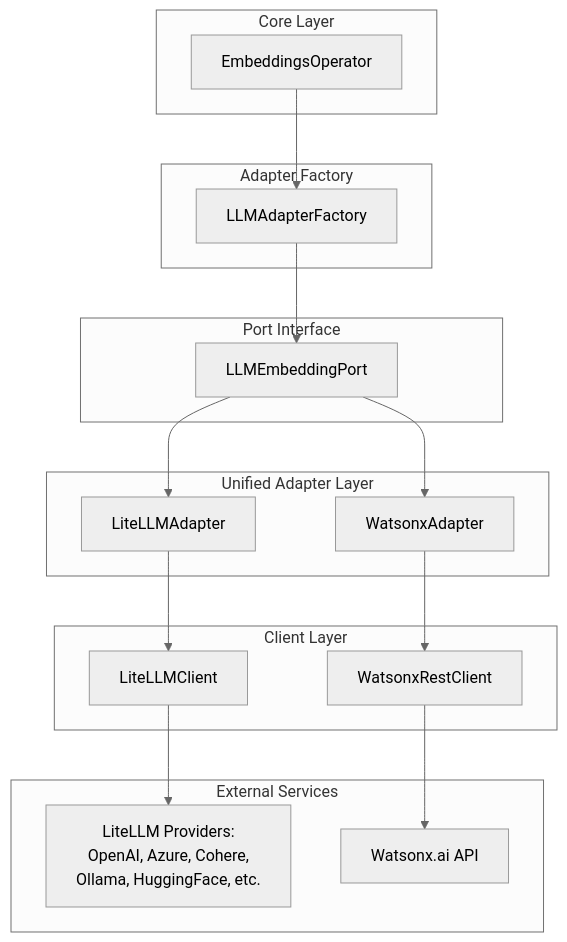
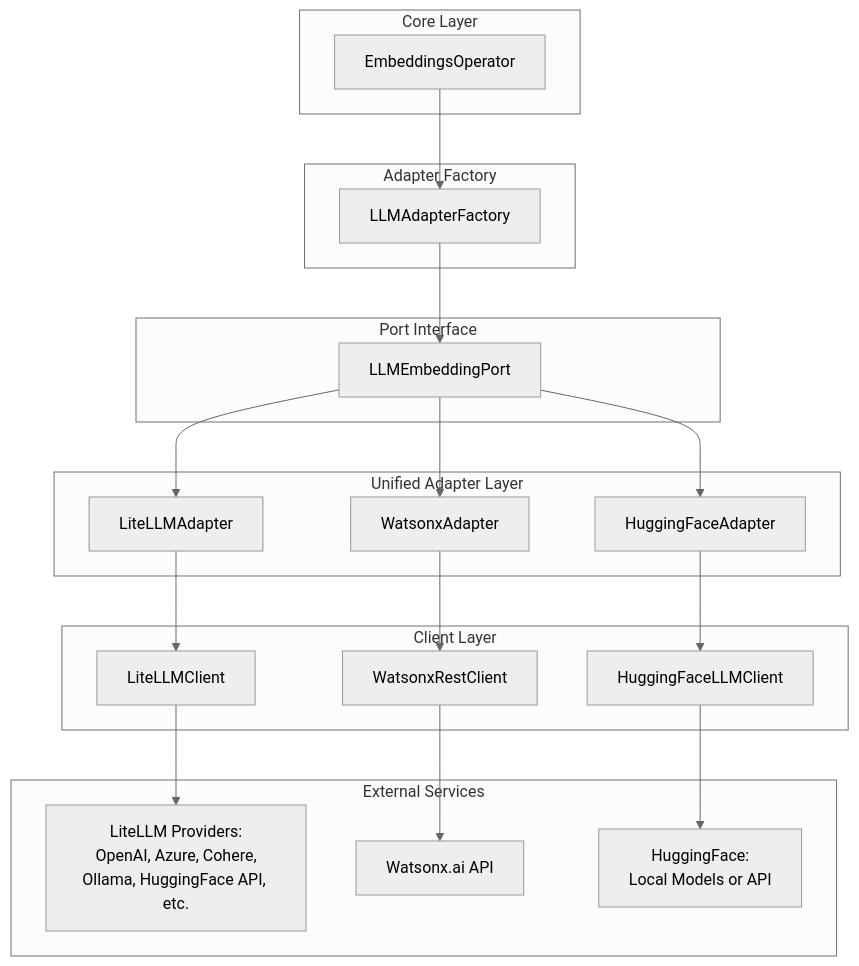
Before and after one commit to anupvarma007-ui/datasift-opensource: diagram 18 of 32 in ARCHITECTURE.md, drawn with Mermaid (neutral theme). The commit also changed other lines of this file and 9 other files, not shown here.

First line of the commit message:
feat: Add native HuggingFace embeddings provider support (#451)

````diff
--- a/ARCHITECTURE.md
+++ b/ARCHITECTURE.md
@@ -2206,37 +2207,42 @@
 ```mermaid
 graph TB
     subgraph "Core Layer"
         EMB[EmbeddingsOperator]
     end
 
     subgraph "Adapter Factory"
         FAC[LLMAdapterFactory]
     end
 
     subgraph "Unified Adapter Layer"
         LLA[LiteLLMAdapter]
         WXA[WatsonxAdapter]
+        HFA[HuggingFaceAdapter]
     end
 
     subgraph "Port Interface"
         PORT[LLMEmbeddingPort]
     end
 
     subgraph "Client Layer"
         LLC[LiteLLMClient]
         WRC[WatsonxRestClient]
+        HFC[HuggingFaceLLMClient]
     end
 
     subgraph "External Services"
-        LLS[LiteLLM Providers:<br/>OpenAI, Azure, Cohere,<br/>Ollama, HuggingFace, etc.]
+        LLS[LiteLLM Providers:<br/>OpenAI, Azure, Cohere,<br/>Ollama, HuggingFace API, etc.]
         WXS[Watsonx.ai API]
+        HFS[HuggingFace:<br/>Local Models or API]
     end
 
     EMB --> FAC
     FAC --> PORT
     PORT --> LLA
     PORT --> WXA
+    PORT --> HFA
 
     LLA --> LLC --> LLS
     WXA --> WRC --> WXS
+    HFA --> HFC --> HFS
 ```
````
